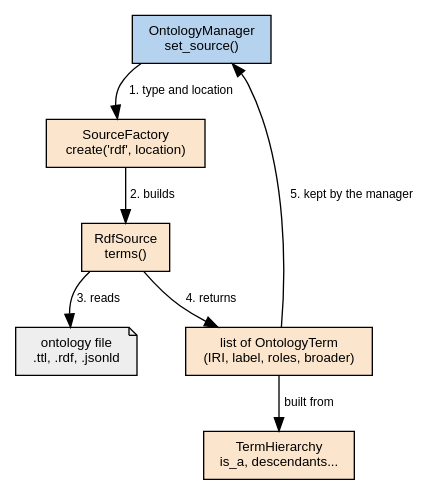
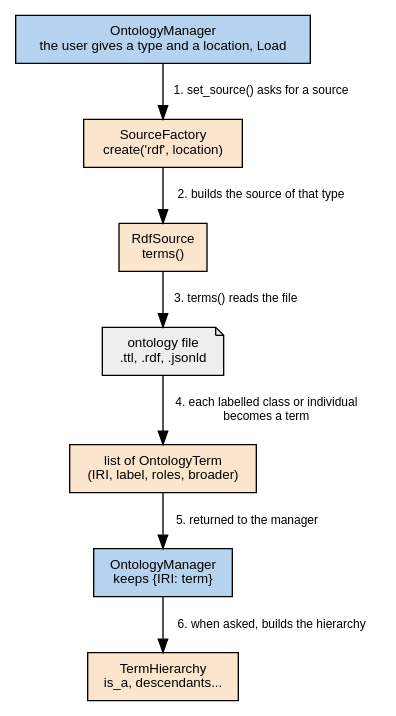
One commit to PyMoDAQ/PyMoDAQ changed the first of 5 diagrams in docs/src/developer_folder/ontology_manager.rst. Above: the diagram before and after it, drawn with Graphviz.

Commit message:
docs: reading the ontology diagram as a straight chain
Claude-Session: https://claude.ai/code/session_01RKuN81mHyjs9x4DB6NLuNY

```diff
--- a/docs/src/developer_folder/ontology_manager.rst
+++ b/docs/src/developer_folder/ontology_manager.rst
@@ -100,19 +100,20 @@
 .. graphviz::
    :caption: The manager asks the factory for a source, the source returns the terms
 
    digraph reading {
      rankdir=TB; nodesep=0.5; ranksep=0.45; node [shape=box, fontname="Helvetica", fontsize=10, style=filled];
      edge [fontname="Helvetica", fontsize=9];
-     mgr [label="OntologyManager\nset_source()", fillcolor="#b5d3ee"];
+     mgr [label="OntologyManager\nthe user gives a type and a location, Load", fillcolor="#b5d3ee"];
      factory [label="SourceFactory\ncreate('rdf', location)", fillcolor="#fbe5cc"];
      src [label="RdfSource\nterms()", fillcolor="#fbe5cc"];
      file [label="ontology file\n.ttl, .rdf, .jsonld", shape=note, fillcolor="#eeeeee"];
-     term [label="list of OntologyTerm\n(IRI, label, roles, broader)", fillcolor="#fbe5cc"];
+     terms [label="list of OntologyTerm\n(IRI, label, roles, broader)", fillcolor="#fbe5cc"];
+     kept [label="OntologyManager\nkeeps {IRI: term}", fillcolor="#b5d3ee"];
      hier [label="TermHierarchy\nis_a, descendants...", fillcolor="#fbe5cc"];
-     mgr -> factory [label="1. type and location"];
-     factory -> src [label="2. builds"];
-     src -> file [label="3. reads"];
-     src -> term [label="4. returns"];
-     term -> mgr [label="5. kept by the manager"];
-     term -> hier [label="built from"];
+     mgr -> factory [label="1. set_source() asks for a source"];
+     factory -> src [label="2. builds the source of that type"];
+     src -> file [label="3. terms() reads the file"];
+     file -> terms [label="4. each labelled class or individual\nbecomes a term"];
+     terms -> kept [label="5. returned to the manager"];
+     kept -> hier [label="6. when asked, builds the hierarchy"];
    }
```
